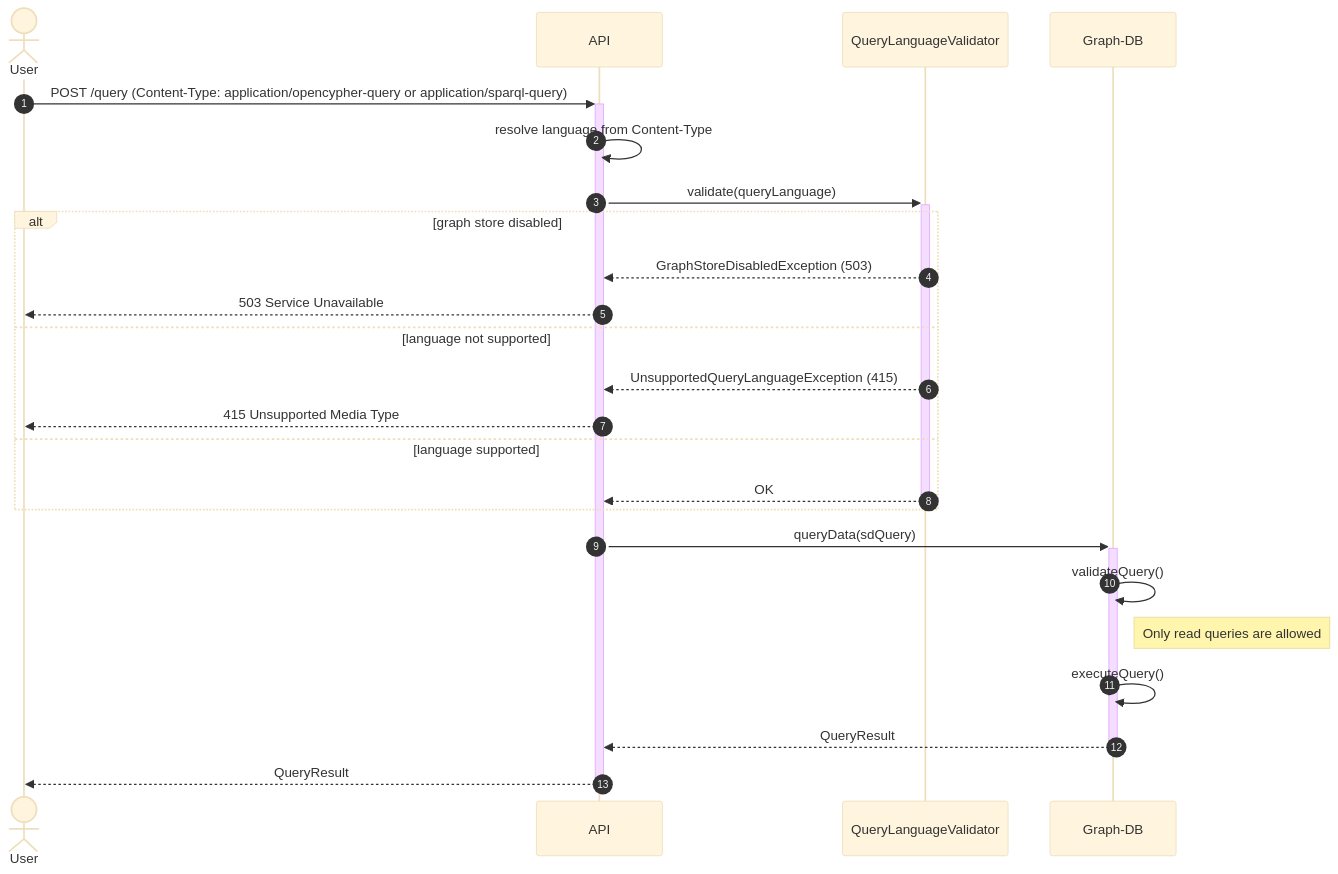
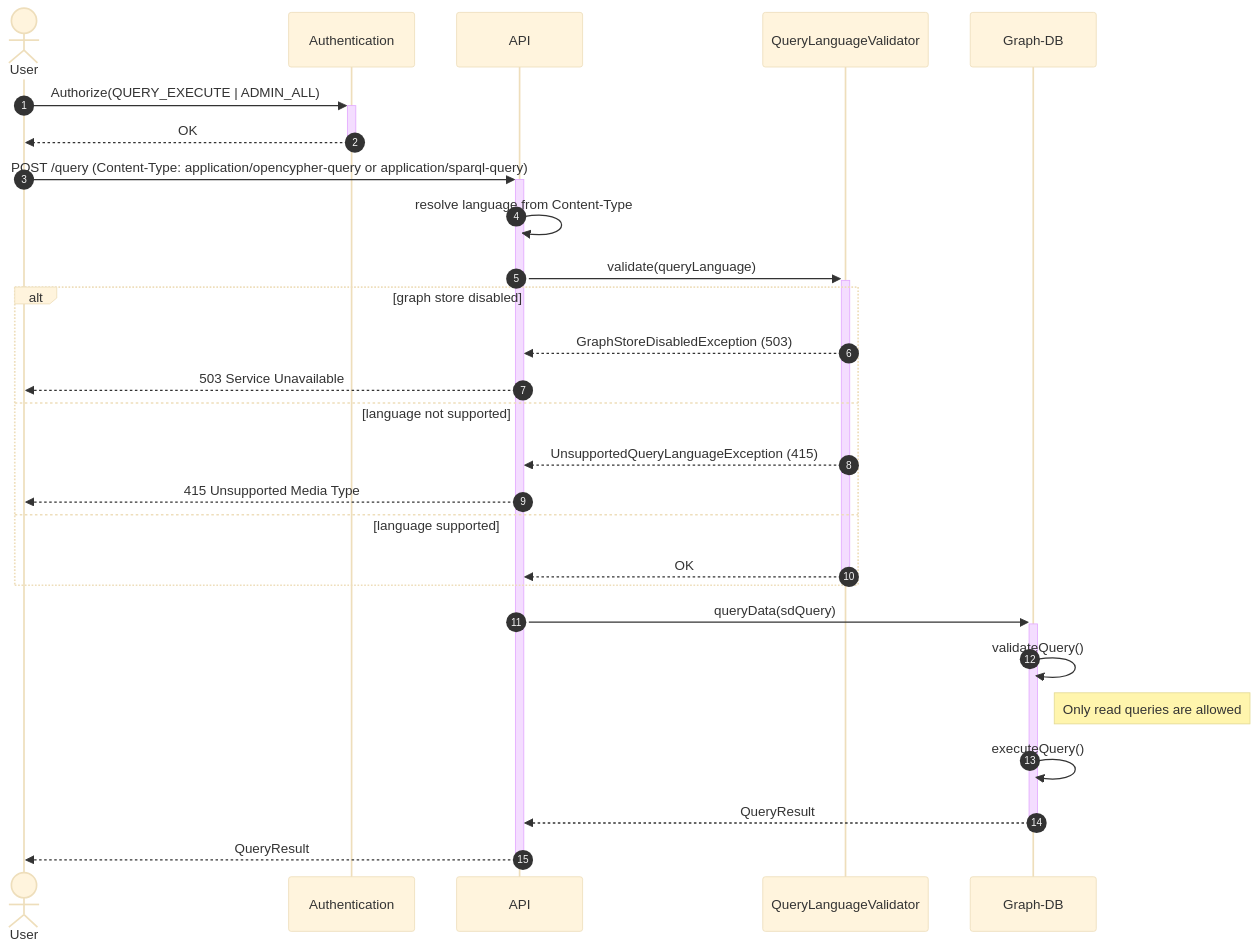
One commit to federated-catalogue-enhancements-2026/docs changed diagram 27 of 34 in federated-catalogue/src/docs/architecture/chapters/06_runtime_view.adoc. Above: the diagram before and after it, drawn with Mermaid (base theme). The commit also changed other lines of this file and 2 other files, not shown here.

```diff
--- a/federated-catalogue/src/docs/architecture/chapters/06_runtime_view.adoc
+++ b/federated-catalogue/src/docs/architecture/chapters/06_runtime_view.adoc
@@ -833,27 +857,30 @@
 [mermaid, width=2000]
 ....
 sequenceDiagram
     autonumber
     actor User
+    participant Auth as Authentication
     participant API
     participant Validator as QueryLanguageValidator
     participant Graph as Graph-DB
+    User ->> + Auth:Authorize(QUERY_EXECUTE | ADMIN_ALL)
+    Auth -->> - User:OK
     User ->> + API: POST /query (Content-Type: application/opencypher-query or application/sparql-query)
     API ->> API: resolve language from Content-Type
     API ->> + Validator: validate(queryLanguage)
     alt graph store disabled
         Validator -->> API: GraphStoreDisabledException (503)
         API -->> User: 503 Service Unavailable
     else language not supported
         Validator -->> API: UnsupportedQueryLanguageException (415)
         API -->> User: 415 Unsupported Media Type
     else language supported
         Validator -->> - API: OK
     end
     API ->> + Graph: queryData(sdQuery)
     Graph ->> Graph: validateQuery()
     Note right of Graph: Only read queries are allowed
     Graph ->> Graph: executeQuery()
     Graph -->> -API: QueryResult
     API -->> -User: QueryResult
 ....
```
